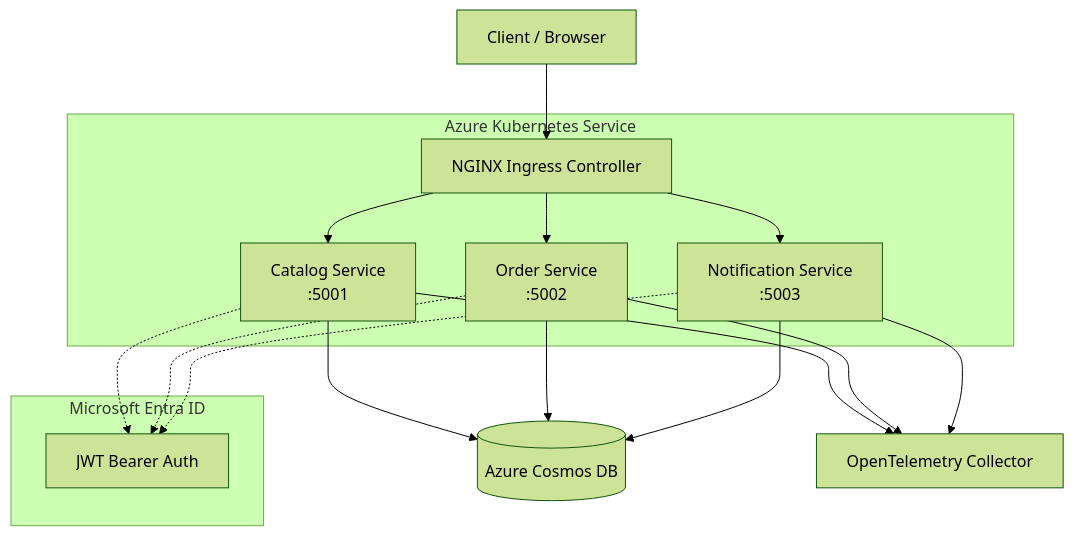
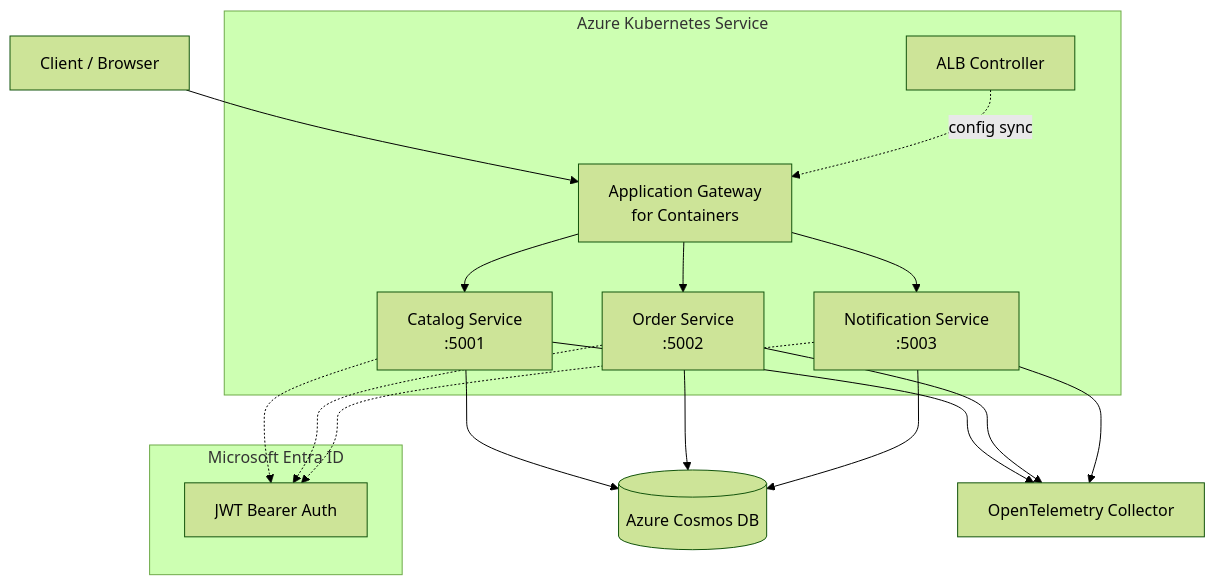
One commit to tfsugjp/AzureSREAgentDemoLab changed the diagram in README.md. Above: the diagram before and after it, drawn with Mermaid (forest theme). The commit also changed other lines of this file and 6 other files, not shown here.

Commit message:
ingress controllerをnginxからWeb application gateway for containerに移行する  #14

````diff
--- a/README.md
+++ b/README.md
@@ -7,26 +7,27 @@
 ```mermaid
 graph TB
-    Client[Client / Browser] --> Ingress[NGINX Ingress Controller]
+    Client[Client / Browser] --> AGC[Application Gateway<br/>for Containers]
     
     subgraph AKS[Azure Kubernetes Service]
-        Ingress --> CS[Catalog Service<br/>:5001]
-        Ingress --> OS[Order Service<br/>:5002]
-        Ingress --> NS[Notification Service<br/>:5003]
+        ALB[ALB Controller] -.->|config sync| AGC
+        AGC --> CS[Catalog Service<br/>:5001]
+        AGC --> OS[Order Service<br/>:5002]
+        AGC --> NS[Notification Service<br/>:5003]
     end
     
     CS --> CosmosDB[(Azure Cosmos DB)]
     OS --> CosmosDB
     NS --> CosmosDB
     
     CS --> OTEL[OpenTelemetry Collector]
     OS --> OTEL
     NS --> OTEL
     
     subgraph Auth[Microsoft Entra ID]
         EntraID[JWT Bearer Auth]
     end
     
     CS -.-> EntraID
     OS -.-> EntraID
     NS -.-> EntraID
 ```
````
